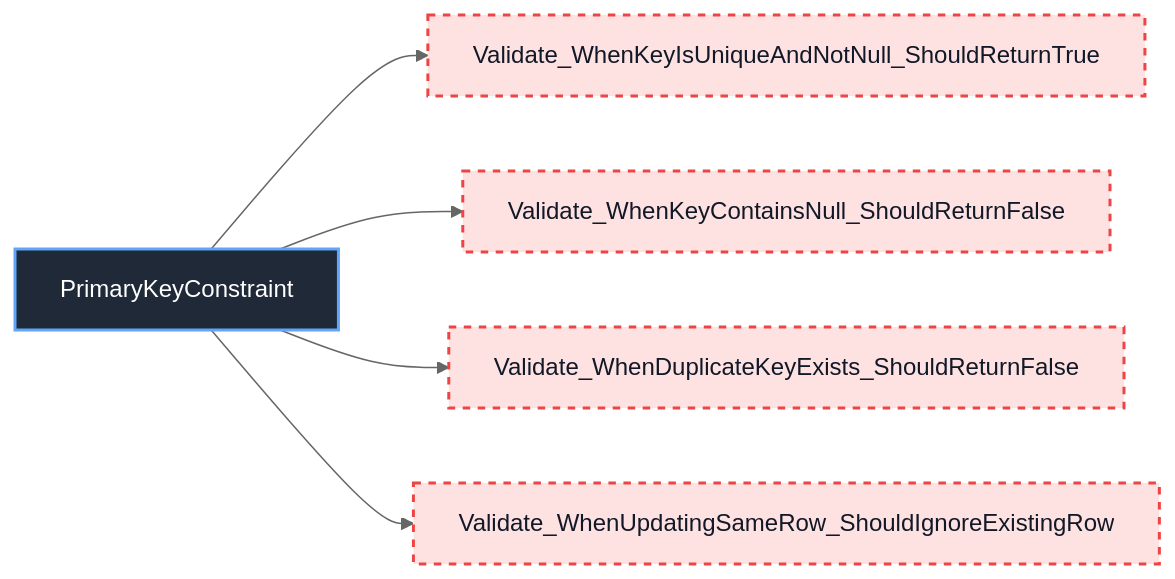
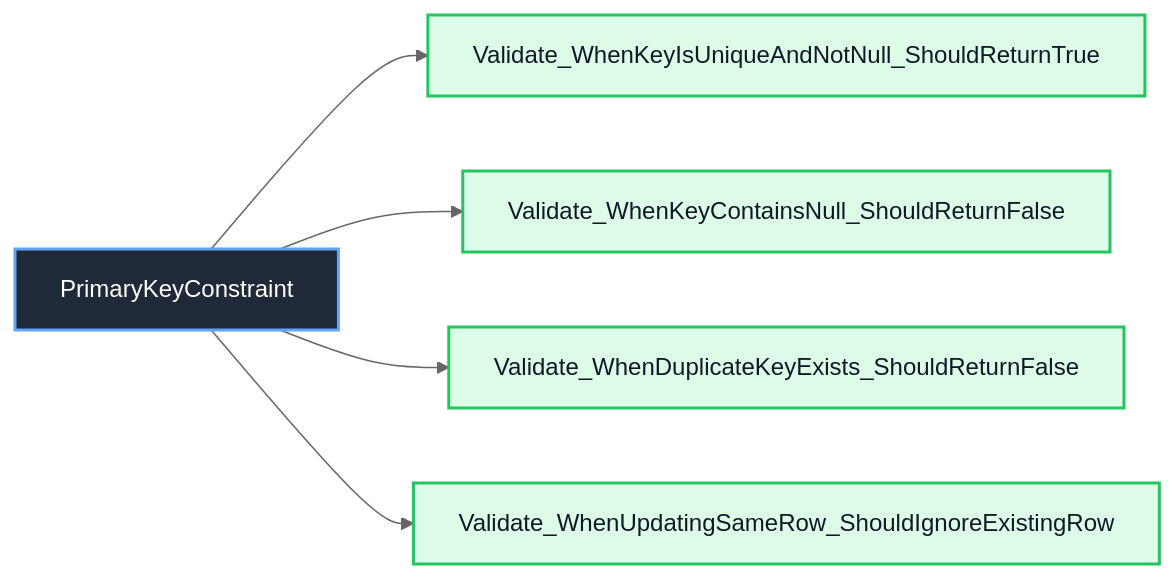
The eighth of 30 diagrams in docs/unit-test/README.md (manaxpow/DBMS), drawn with Mermaid (neutral theme) before and after one commit. The commit also changed other lines of this file and 13 other files, not shown here.

````diff
--- a/docs/unit-test/README.md
+++ b/docs/unit-test/README.md
@@ -189,16 +189,16 @@
 ```mermaid
 flowchart LR
     Class_PrimaryKeyConstraint["PrimaryKeyConstraint"]
 
     Class_PrimaryKeyConstraint --> PK_001["Validate_WhenKeyIsUniqueAndNotNull_ShouldReturnTrue"]
     Class_PrimaryKeyConstraint --> PK_002["Validate_WhenKeyContainsNull_ShouldReturnFalse"]
     Class_PrimaryKeyConstraint --> PK_003["Validate_WhenDuplicateKeyExists_ShouldReturnFalse"]
     Class_PrimaryKeyConstraint --> PK_004["Validate_WhenUpdatingSameRow_ShouldIgnoreExistingRow"]
 
     classDef classNode fill:#1f2937,stroke:#60a5fa,color:#ffffff,stroke-width:2px
     classDef completedTest fill:#dcfce7,stroke:#22c55e,color:#111827,stroke-width:2px
     classDef missingTest fill:#fee2e2,stroke:#ef4444,color:#111827,stroke-width:2px,stroke-dasharray: 5 5
 
     class Class_PrimaryKeyConstraint classNode
-    class PK_001,PK_002,PK_003,PK_004 missingTest
+    class PK_001,PK_002,PK_003,PK_004 completedTest
 ```
````
